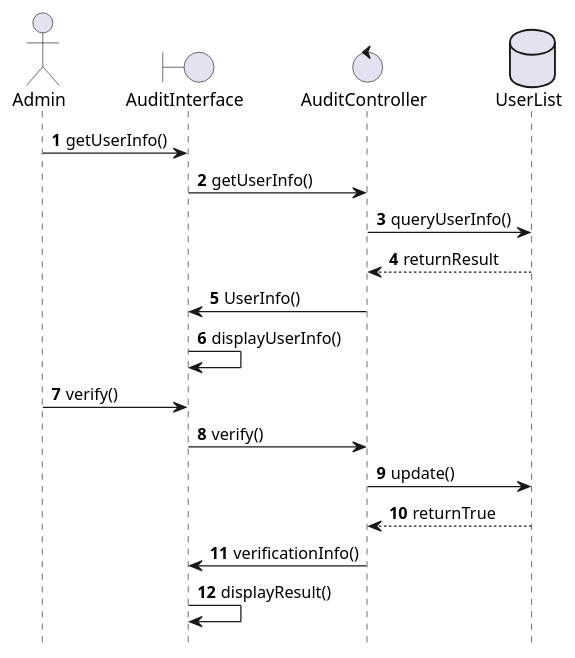
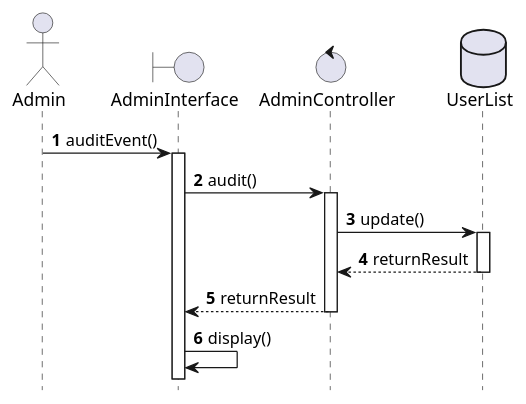
Before and after one commit to wwyf/Waterfall: the diagram in report/misc/figure_src/sequence_diagram/sd_audit_user.puml, drawn with PlantUML. The commit also changed 40 other files, not shown here.

```diff
--- a/report/misc/figure_src/sequence_diagram/sd_audit_user.puml
+++ b/report/misc/figure_src/sequence_diagram/sd_audit_user.puml
@@ -1,25 +1,29 @@
 @startuml
 ''' 省略底部
 	hide footbox 
 
 ''' 定义类
 	actor Admin as act
-	boundary AuditInterface as bou
-	control AuditController as con
+	boundary AdminInterface as bou
+	control AdminController as con
 	database UserList as db
 
 	autonumber
-	act -> bou : getUserInfo()
-	bou -> con : getUserInfo()
-	con -> db : queryUserInfo()
+	act -> bou : auditEvent()
+	activate bou
+
+	bou -> con : audit()
+	activate con 
+
+	con -> db : update()
+	activate db
+
 	db --> con : returnResult
-	con -> bou : UserInfo()
-	bou -> bou : displayUserInfo()
-	act -> bou : verify()
-	bou -> con : verify()
-	con -> db : update()
-	db --> con : returnTrue
-	con -> bou : verificationInfo()
-	bou -> bou : displayResult()
+	deactivate db
+
+	con --> bou : returnResult
+	deactivate con
+
+	bou -> bou : display()
 
 @enduml
```
